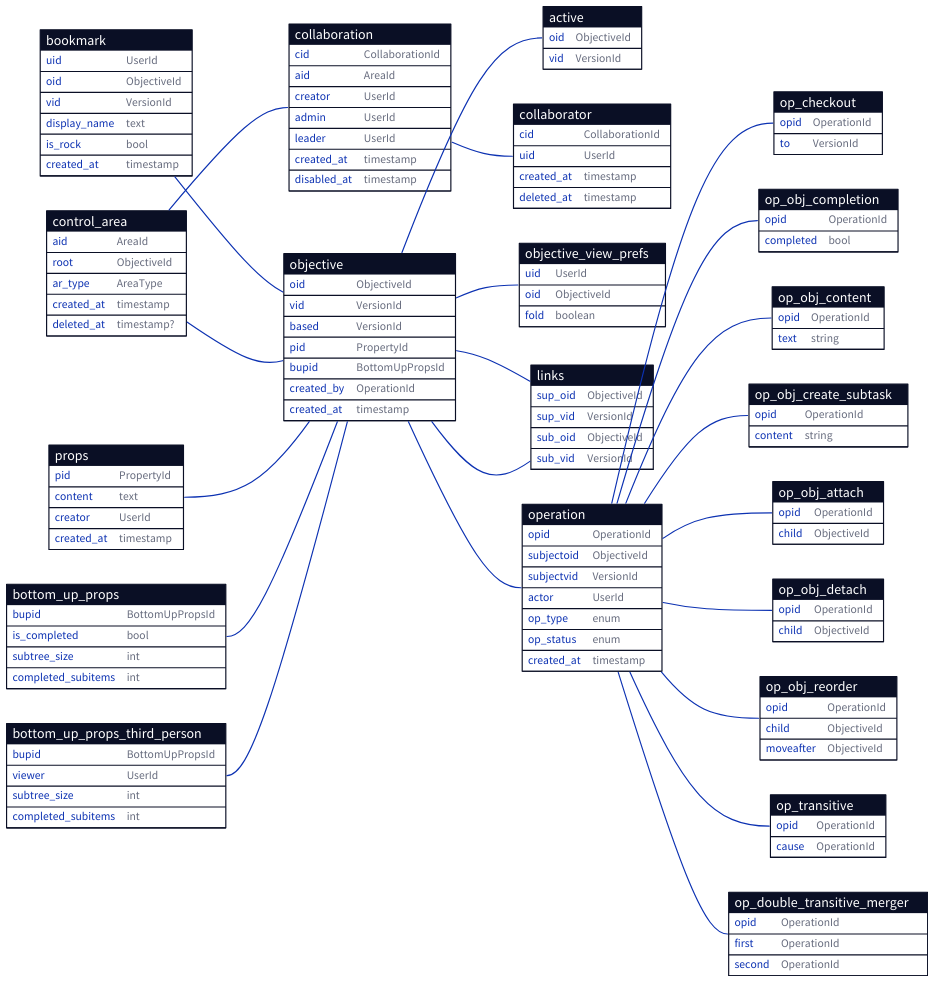
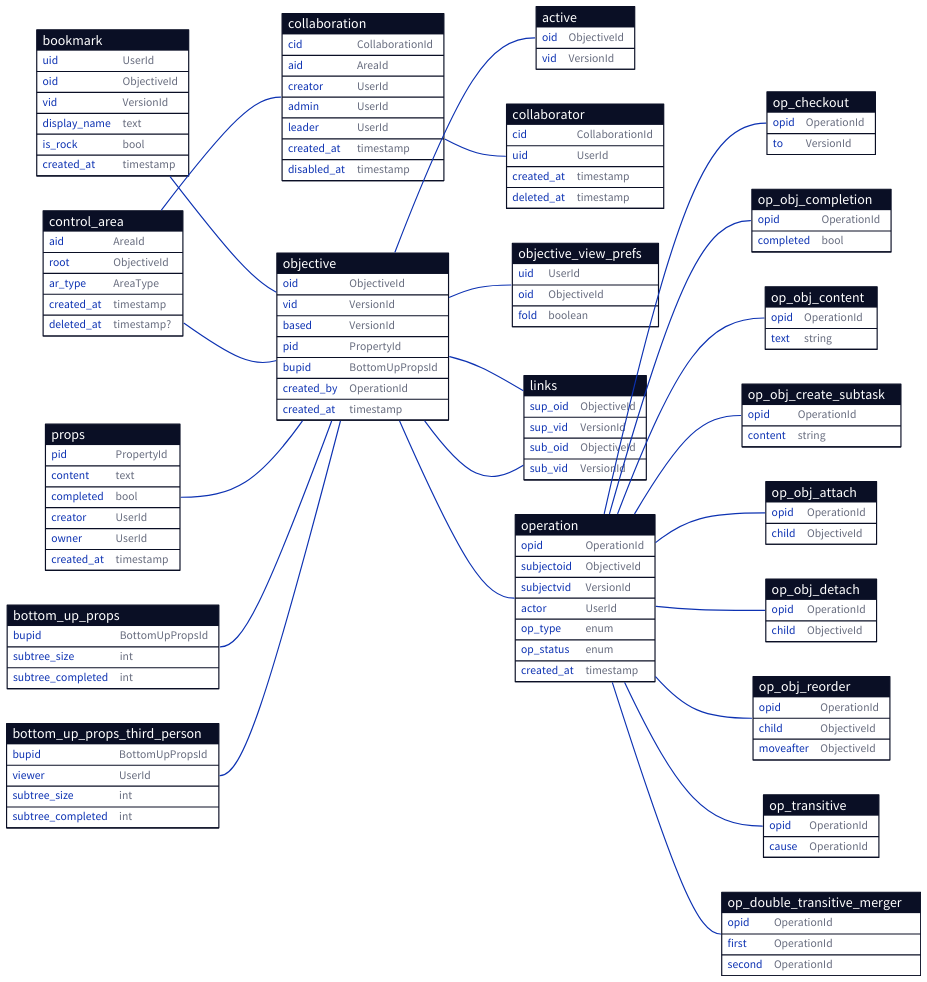
One commit to ufukty/logbook changed the diagram in docs/database/simplified.d2. Above: the diagram before and after it, drawn with D2. The commit also changed 2 other files, not shown here.

```diff
--- a/docs/database/simplified.d2
+++ b/docs/database/simplified.d2
@@ -79,7 +79,9 @@
 
   pid: PropertyId
   content: text
+  completed: bool
   creator: UserId
+  owner: UserId
   created_at: timestamp
 }
 
@@ -97,9 +99,8 @@
 
   bupid: BottomUpPropsId
 
-  is_completed: bool
   subtree_size: int
-  completed_subitems: int
+  subtree_completed: int
 }
 
 bottom_up_props_third_person: {
@@ -109,7 +110,7 @@
   viewer: UserId
 
   subtree_size: int
-  completed_subitems: int
+  subtree_completed: int
 }
 
 operation: {
```
